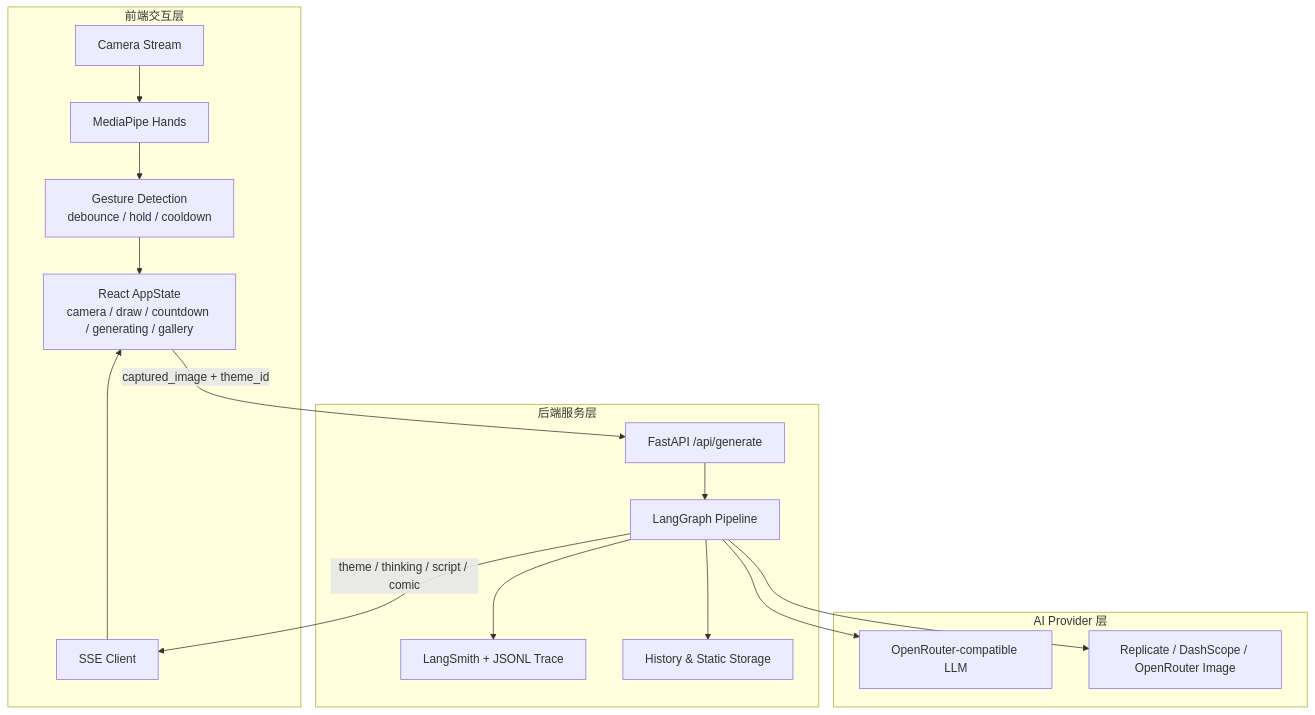
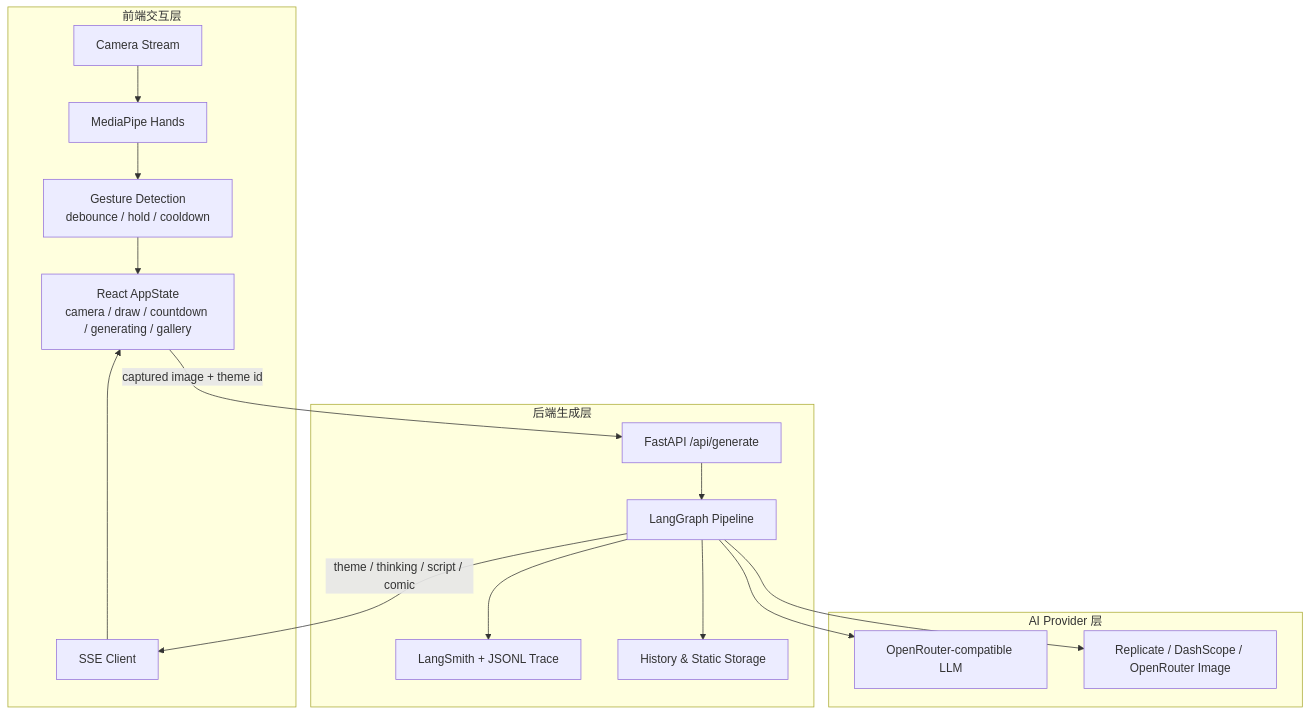
One commit to pheonix2006/pheonix2006.github.io changed the first of 2 diagrams in src/content/projects/you-in-parallel-universes.md. Above: the diagram before and after it, drawn with Mermaid. The commit also changed other lines of this file and 3 other files, not shown here.

````diff
--- a/src/content/projects/you-in-parallel-universes.md
+++ b/src/content/projects/you-in-parallel-universes.md
@@ -55,32 +55,32 @@
 ```mermaid
 flowchart TB
     subgraph Frontend["前端交互层"]
         Camera["Camera Stream"]
         MediaPipe["MediaPipe Hands"]
         Gesture["Gesture Detection<br/>debounce / hold / cooldown"]
         State["React AppState<br/>camera / draw / countdown / generating / gallery"]
         SSE["SSE Client"]
     end
 
-    subgraph Backend["后端服务层"]
+    subgraph Backend["后端生成层"]
         FastAPI["FastAPI /api/generate"]
         Graph["LangGraph Pipeline"]
         Trace["LangSmith + JSONL Trace"]
         History["History & Static Storage"]
     end
 
     subgraph AI["AI Provider 层"]
         LLM["OpenRouter-compatible LLM"]
         Image["Replicate / DashScope / OpenRouter Image"]
     end
 
     Camera --> MediaPipe --> Gesture --> State
-    State -->|"captured_image + theme_id"| FastAPI
+    State -->|"captured image + theme id"| FastAPI
     FastAPI --> Graph
     Graph --> LLM
     Graph --> Image
     Graph --> Trace
     Graph --> History
     Graph -->|"theme / thinking / script / comic"| SSE
     SSE --> State
 ```
````
